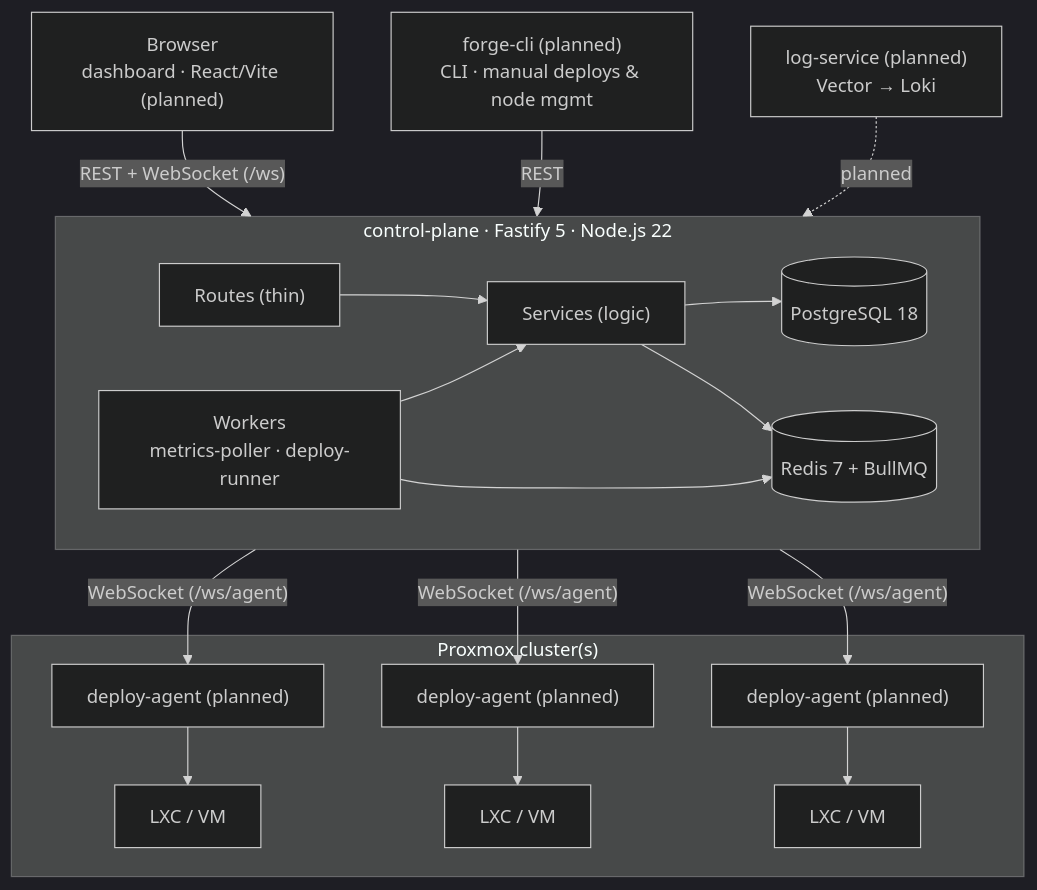
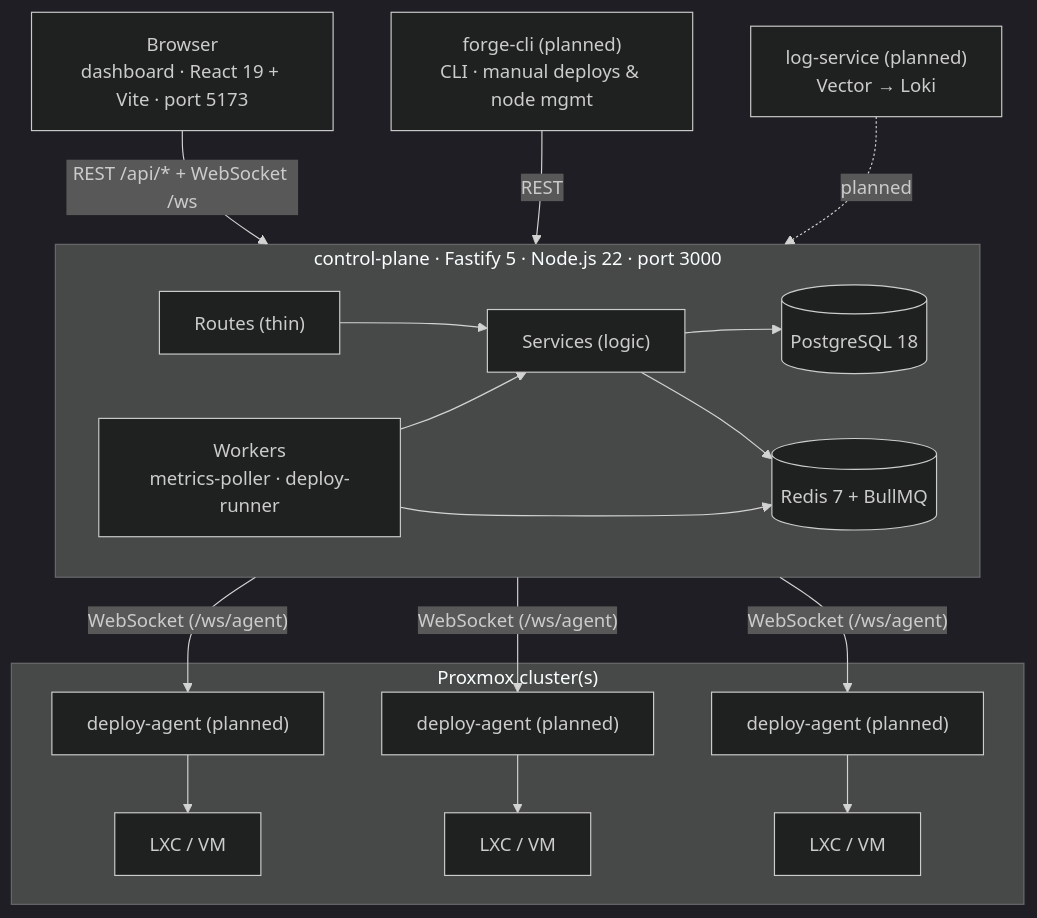
One commit to NinjaGoldfinch/ninja-ops changed the diagram in docs/architecture.md. Above: the diagram before and after it, drawn with Mermaid (dark theme). The commit also changed other lines of this file and 9 other files, not shown here.

````diff
--- a/docs/architecture.md
+++ b/docs/architecture.md
@@ -5,34 +5,34 @@
 ```mermaid
 graph TB
-    Browser["Browser\ndashboard · React/Vite (planned)"]
+    Browser["Browser\ndashboard · React 19 + Vite · port 5173"]
     ForgeCLI["forge-cli (planned)\nCLI · manual deploys & node mgmt"]
     LogService["log-service (planned)\nVector → Loki"]
 
-    subgraph CP["control-plane · Fastify 5 · Node.js 22"]
+    subgraph CP["control-plane · Fastify 5 · Node.js 22 · port 3000"]
         Routes["Routes (thin)"]
         Services["Services (logic)"]
         Workers["Workers\nmetrics-poller · deploy-runner"]
         PG[("PostgreSQL 18")]
         Redis[("Redis 7 + BullMQ")]
 
         Routes --> Services
         Services --> PG
         Services --> Redis
         Workers --> Redis
         Workers --> Services
     end
 
-    Browser -- "REST + WebSocket (/ws)" --> CP
+    Browser -- "REST /api/* + WebSocket /ws" --> CP
     ForgeCLI -- "REST" --> CP
     LogService -. "planned" .-> CP
 
     CP -- "WebSocket (/ws/agent)" --> Agent1
     CP -- "WebSocket (/ws/agent)" --> Agent2
     CP -- "WebSocket (/ws/agent)" --> Agent3
 
     subgraph Proxmox["Proxmox cluster(s)"]
         Agent1["deploy-agent (planned)"] --> VM1["LXC / VM"]
         Agent2["deploy-agent (planned)"] --> VM2["LXC / VM"]
         Agent3["deploy-agent (planned)"] --> VM3["LXC / VM"]
     end
 ```
````
